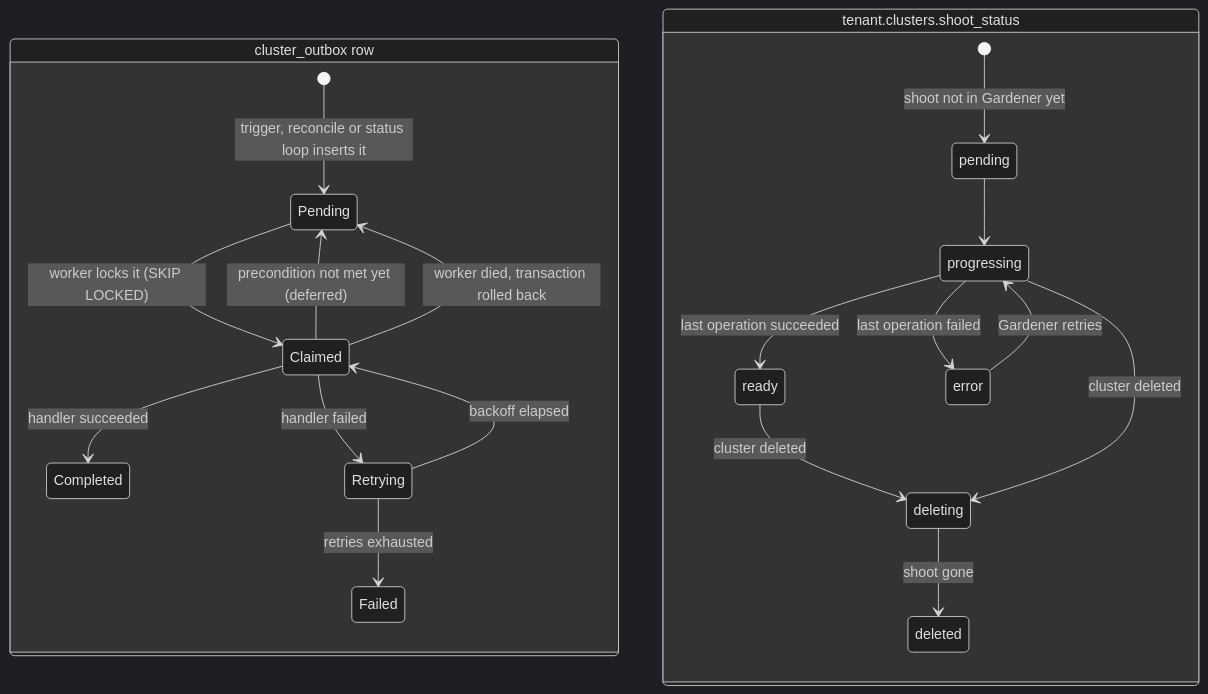
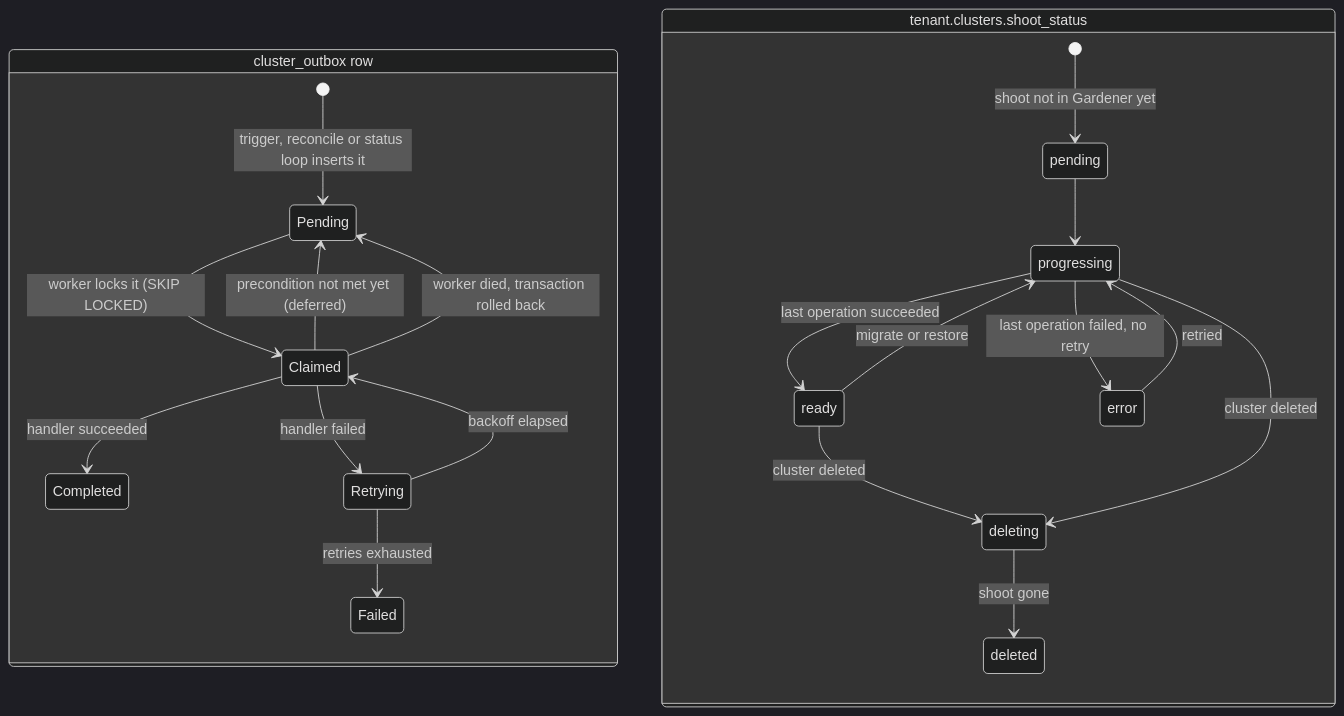
Before and after one commit to fundament-oss/fundament: the second of 2 diagrams in cluster-worker/README.md, drawn with Mermaid (dark theme). The commit also changed other lines of this file and 4 other files, not shown here.

````diff
--- a/cluster-worker/README.md
+++ b/cluster-worker/README.md
@@ -78,26 +81,27 @@
 ```mermaid
 stateDiagram-v2
     direction TB
 
     state "cluster_outbox row" as outbox {
         [*] --> Pending: trigger, reconcile or status loop inserts it
         Pending --> Claimed: worker locks it (SKIP LOCKED)
         Claimed --> Completed: handler succeeded
         Claimed --> Retrying: handler failed
         Claimed --> Pending: precondition not met yet (deferred)
         Claimed --> Pending: worker died, transaction rolled back
         Retrying --> Claimed: backoff elapsed
         Retrying --> Failed: retries exhausted
     }
 
     state "tenant.clusters.shoot_status" as status {
         [*] --> pending: shoot not in Gardener yet
         pending --> progressing
         progressing --> ready: last operation succeeded
-        progressing --> error: last operation failed
-        error --> progressing: Gardener retries
+        progressing --> error: last operation failed, no retry
+        error --> progressing: retried
+        ready --> progressing: migrate or restore
         ready --> deleting: cluster deleted
         progressing --> deleting: cluster deleted
         deleting --> deleted: shoot gone
     }
 ```
````
